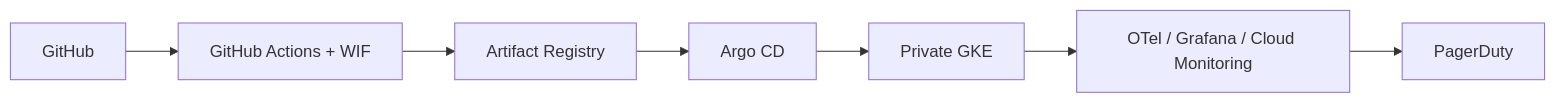
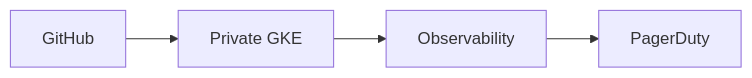
Before and after one commit to btilki/boutique-gke-sre: the diagram in README.md, drawn with Mermaid. The commit also changed other lines of this file, not shown here.

````diff
--- a/README.md
+++ b/README.md
@@ -26,9 +25,6 @@
 ```mermaid
 flowchart LR
-  GH[GitHub] --> GHA[GitHub Actions + WIF]
-  GHA --> AR[Artifact Registry]
-  AR --> AC[Argo CD]
-  AC --> GKE[Private GKE]
-  GKE --> OBS[OTel / Grafana / Cloud Monitoring]
+  GH[GitHub] --> GKE[Private GKE]
+  GKE --> OBS[Observability]
   OBS --> PD[PagerDuty]
 ```
````
